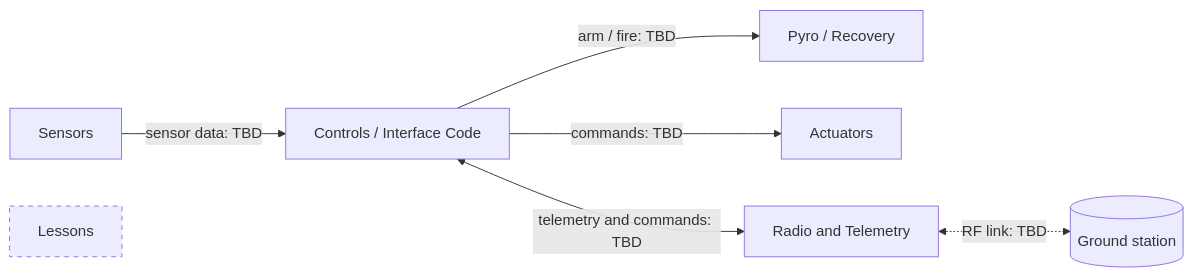
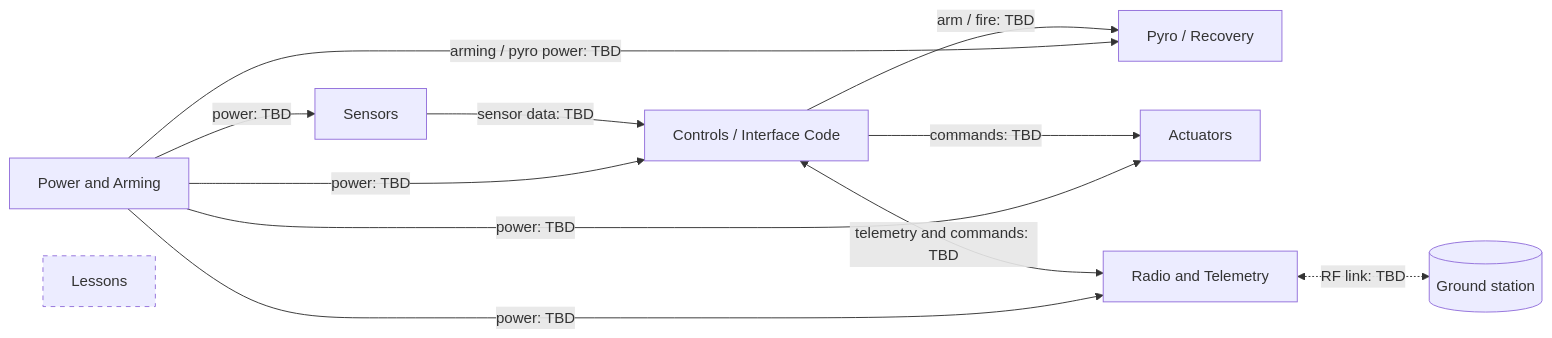
The diagram in subsystems/README.md (c29alexanderagrawal/Avionics-Subteam), drawn with Mermaid before and after one commit. The commit also changed other lines of this file and 1 other file, not shown here.

Commit message:
Add power and arming subsystem folder
Adds subsystems/power-arming/requirements.md from the template, lists it
in the subsystem index, and adds its draft power and arming links to the
block diagram.

Claude-Session: https://claude.ai/code/session_01DR9yuzSWL1ktQ3dKTCSy36

````diff
--- a/subsystems/README.md
+++ b/subsystems/README.md
@@ -20,11 +21,16 @@
 ```mermaid
 flowchart LR
     SEN[Sensors] -->|sensor data: TBD| CTL[Controls / Interface Code]
     CTL -->|arm / fire: TBD| PYRO[Pyro / Recovery]
     CTL -->|commands: TBD| ACT[Actuators]
     CTL <-->|telemetry and commands: TBD| RAD[Radio and Telemetry]
     RAD <-.->|RF link: TBD| GS[(Ground station)]
+    PWR[Power and Arming] -->|power: TBD| SEN
+    PWR -->|power: TBD| CTL
+    PWR -->|power: TBD| RAD
+    PWR -->|power: TBD| ACT
+    PWR -->|arming / pyro power: TBD| PYRO
     LES[Lessons]:::offboard
 
     classDef offboard stroke-dasharray: 5 5
 ```
````
